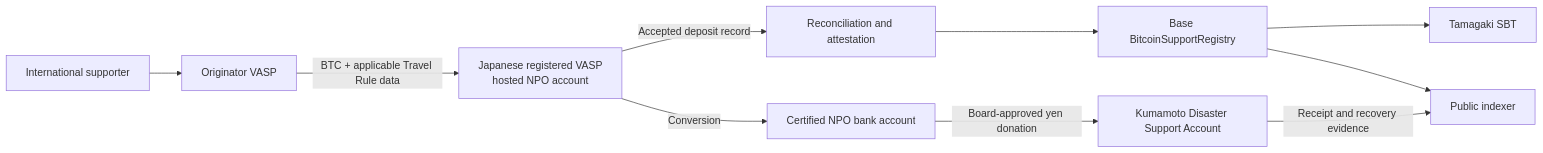
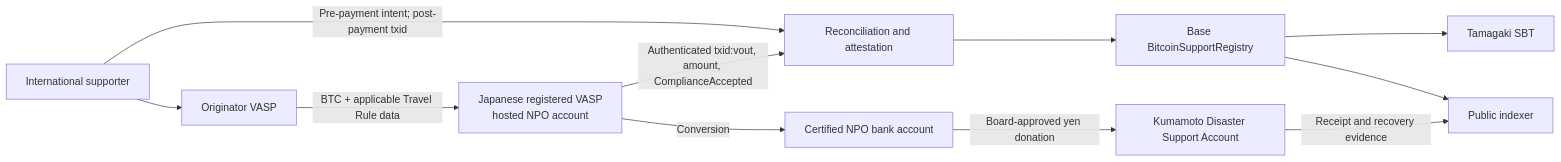
The fourth of 8 diagrams in docs/en/architecture.md (ShigeichiroYamasaki/yui-no-kaki-kumamoto), drawn with Mermaid before and after one commit. The commit also changed other lines of this file and 18 other files, not shown here.

````diff
--- a/docs/en/architecture.md
+++ b/docs/en/architecture.md
@@ -143,12 +143,13 @@
 ```mermaid
 flowchart LR
   U["International supporter"] --> OV["Originator VASP"]
   OV -->|"BTC + applicable Travel Rule data"| JV["Japanese registered VASP<br/>hosted NPO account"]
-  JV -->|"Accepted deposit record"| AT["Reconciliation and attestation"]
+  U -->|"Pre-payment intent; post-payment txid"| AT["Reconciliation and attestation"]
+  JV -->|"Authenticated txid:vout, amount, ComplianceAccepted"| AT
   AT --> REG["Base BitcoinSupportRegistry"]
   REG --> SBT["Tamagaki SBT"]
   JV -->|"Conversion"| NB["Certified NPO bank account"]
   NB -->|"Board-approved yen donation"| K["Kumamoto Disaster Support Account"]
   REG --> IDX["Public indexer"]
   K -->|"Receipt and recovery evidence"| IDX
 ```
````
